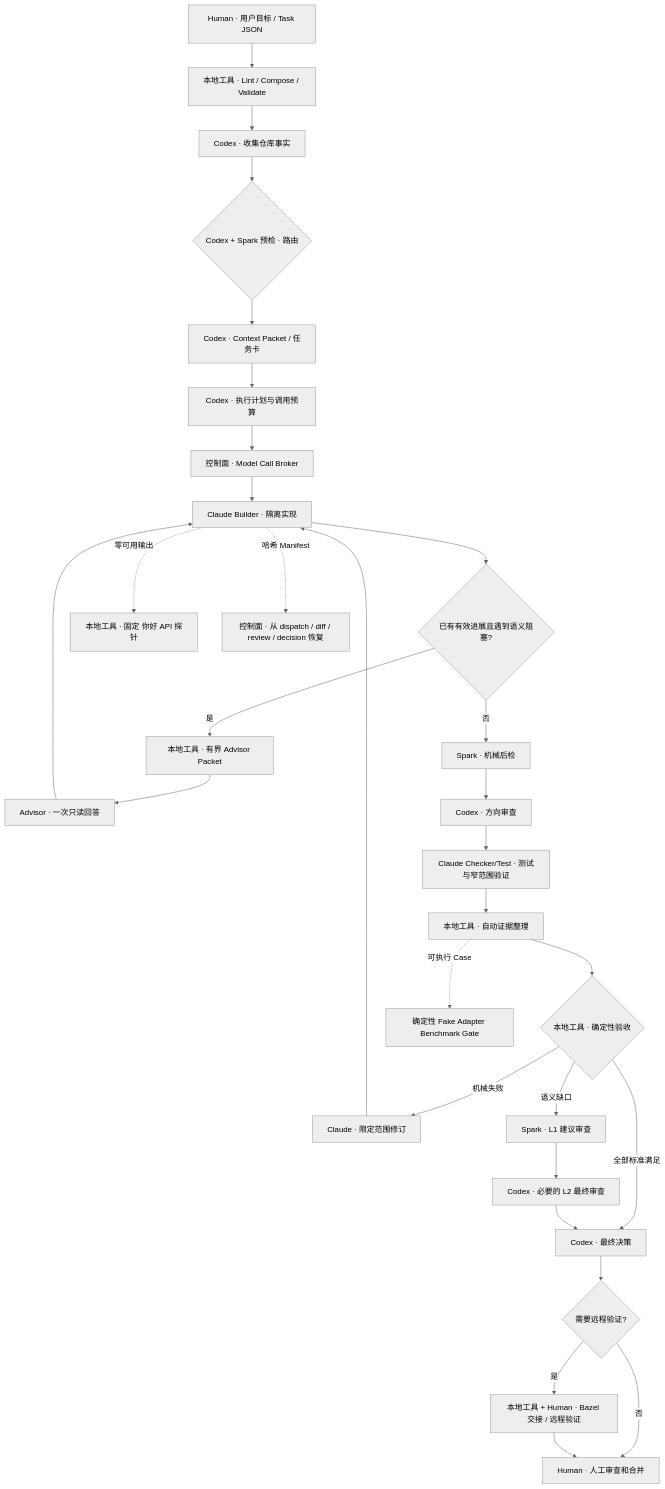
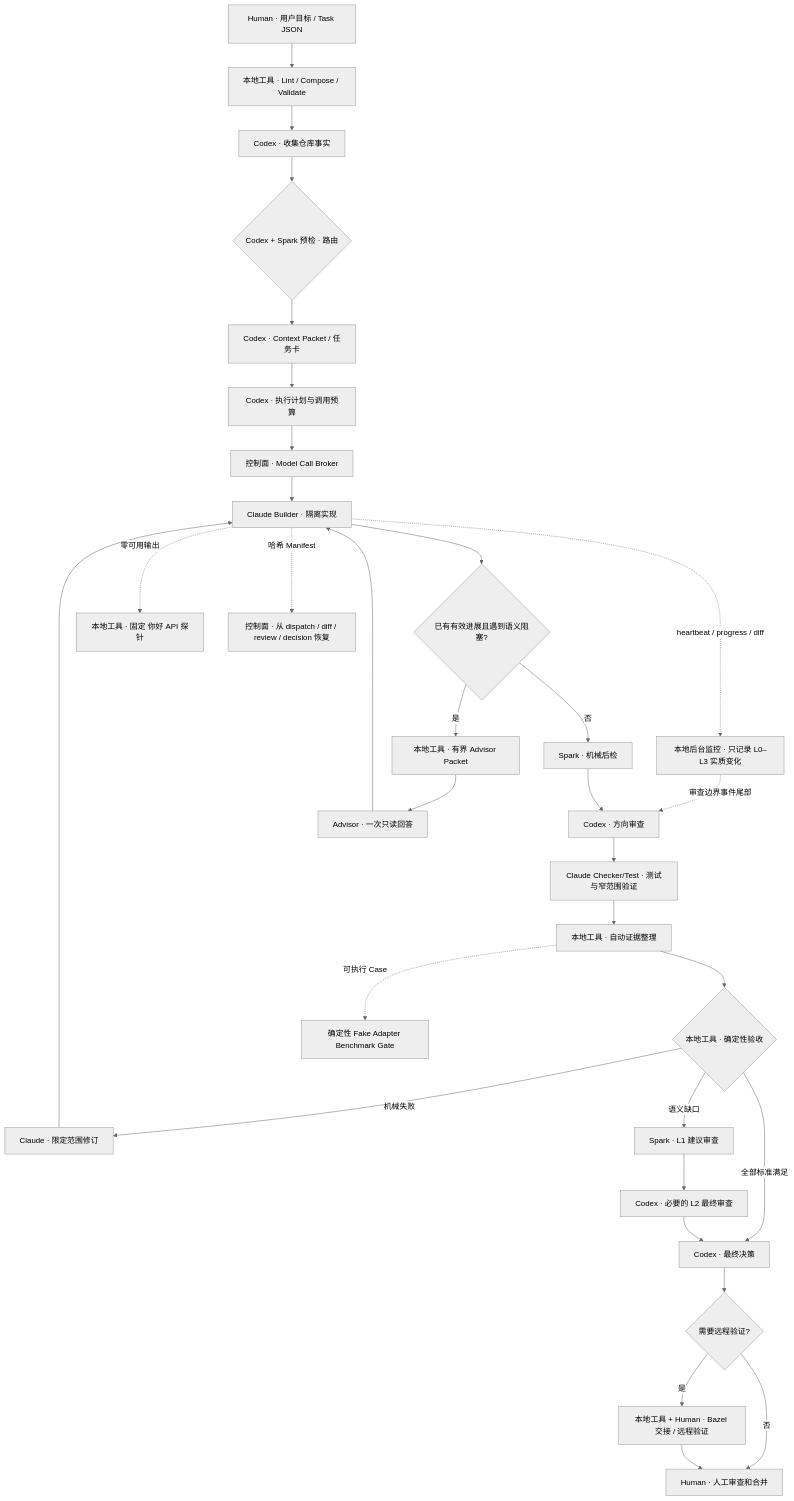
Before and after one commit to luozj1020/ai-coding-workflow: the diagram in README_CN.md, drawn with Mermaid (neutral theme). The commit also changed other lines of this file and 3 other files, not shown here.

````diff
--- a/README_CN.md
+++ b/README_CN.md
@@ -53,32 +53,34 @@
 ```mermaid
 flowchart TD
     U[Human · 用户目标 / Task JSON] --> L[本地工具 · Lint / Compose / Validate]
     L --> F[Codex · 收集仓库事实]
     F --> R{Codex + Spark 预检 · 路由}
     R --> C[Codex · Context Packet / 任务卡]
     C --> P[Codex · 执行计划与调用预算]
     P --> B[控制面 · Model Call Broker]
     B --> D[Claude Builder · 隔离实现]
+    D -. heartbeat / progress / diff .-> MON[本地后台监控 · 只记录 L0–L3 实质变化]
+    MON -. 审查边界事件尾部 .-> CR
     D --> Q{已有有效进展且遇到语义阻塞?}
     Q -- 否 --> SP[Spark · 机械后检]
     Q -- 是 --> AP[本地工具 · 有界 Advisor Packet]
     AP --> AV[Advisor · 一次只读回答]
     AV --> D
     D -. 零可用输出 .-> HP[本地工具 · 固定 你好 API 探针]
     SP --> CR[Codex · 方向审查]
     CR --> CT[Claude Checker/Test · 测试与窄范围验证]
     CT --> E[本地工具 · 自动证据整理]
     E --> A{本地工具 · 确定性验收}
     A -- 机械失败 --> LR[Claude · 限定范围修订]
     A -- 语义缺口 --> S[Spark · L1 建议审查]
     S --> X[Codex · 必要的 L2 最终审查]
     A -- 全部标准满足 --> FD[Codex · 最终决策]
     X --> FD
     LR --> D
     FD --> H{需要远程验证?}
     H -- 是 --> RH[本地工具 + Human · Bazel 交接 / 远程验证]
     H -- 否 --> M[Human · 人工审查和合并]
     RH --> M
     D -. 哈希 Manifest .-> RS[控制面 · 从 dispatch / diff / review / decision 恢复]
     E -. 可执行 Case .-> BM[确定性 Fake Adapter Benchmark Gate]
 ```
````
